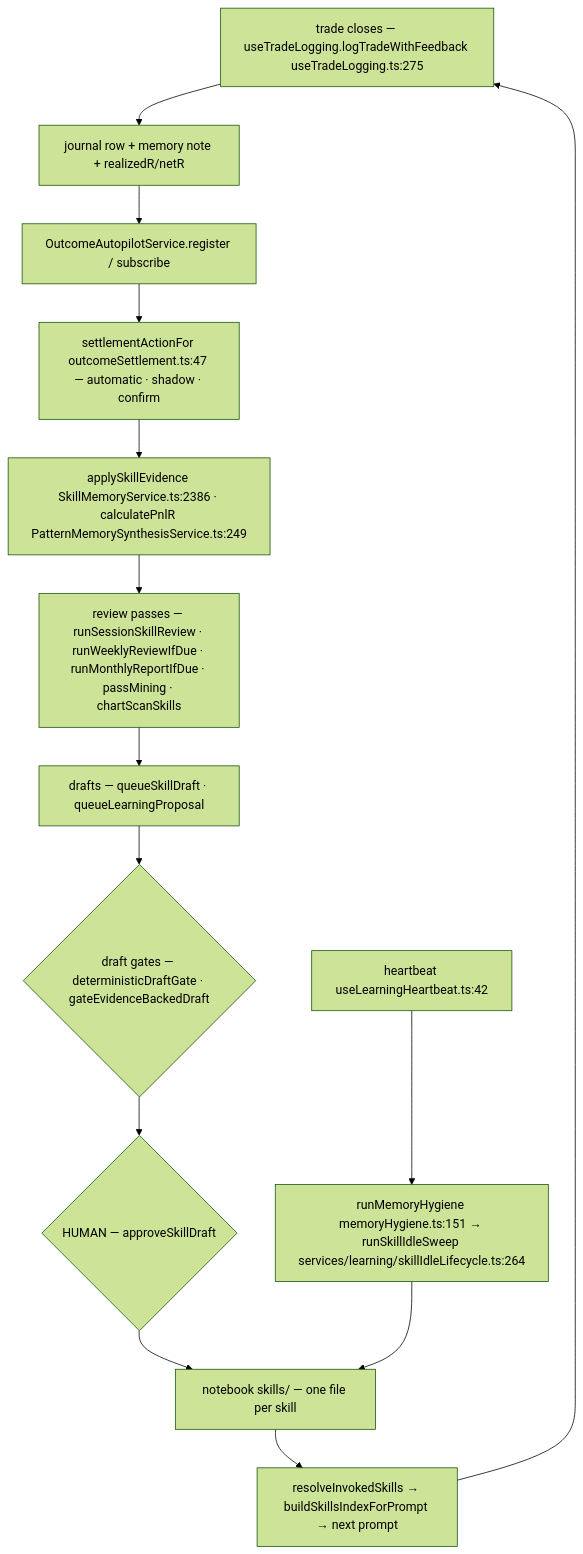
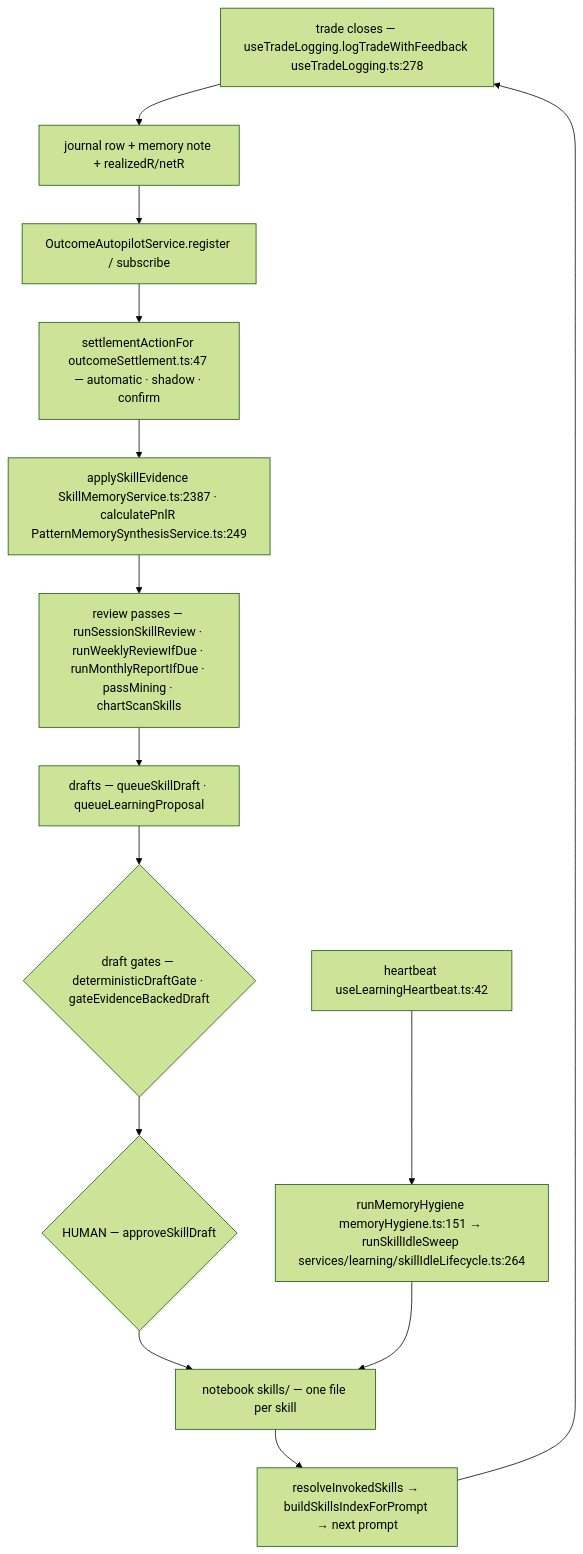
The eighth of 8 diagrams in docs/app-flow.md (Acepay25/august-3.5), drawn with Mermaid (forest theme) before and after one commit. The commit also changed other lines of this file and 18 other files, not shown here.

````diff
--- a/docs/app-flow.md
+++ b/docs/app-flow.md
@@ -1010,16 +1010,16 @@
 ```mermaid
 flowchart TD
-    T["trade closes — useTradeLogging.logTradeWithFeedback useTradeLogging.ts:275"] --> J["journal row + memory note + realizedR/netR"]
+    T["trade closes — useTradeLogging.logTradeWithFeedback useTradeLogging.ts:278"] --> J["journal row + memory note + realizedR/netR"]
     J --> A["OutcomeAutopilotService.register / subscribe"]
     A --> S["settlementActionFor outcomeSettlement.ts:47 — automatic · shadow · confirm"]
-    S --> E["applySkillEvidence SkillMemoryService.ts:2386 · calculatePnlR PatternMemorySynthesisService.ts:249"]
+    S --> E["applySkillEvidence SkillMemoryService.ts:2387 · calculatePnlR PatternMemorySynthesisService.ts:249"]
     E --> R["review passes — runSessionSkillReview · runWeeklyReviewIfDue · runMonthlyReportIfDue · passMining · chartScanSkills"]
     R --> D["drafts — queueSkillDraft · queueLearningProposal"]
     D --> G{"draft gates — deterministicDraftGate · gateEvidenceBackedDraft"}
     G --> H{"HUMAN — approveSkillDraft"}
     H --> N["notebook skills/ — one file per skill"]
     N --> I["resolveInvokedSkills → buildSkillsIndexForPrompt → next prompt"]
     I --> T
     X["heartbeat useLearningHeartbeat.ts:42"] --> Y["runMemoryHygiene memoryHygiene.ts:151 → runSkillIdleSweep services/learning/skillIdleLifecycle.ts:264"]
     Y --> N
 ```
````
